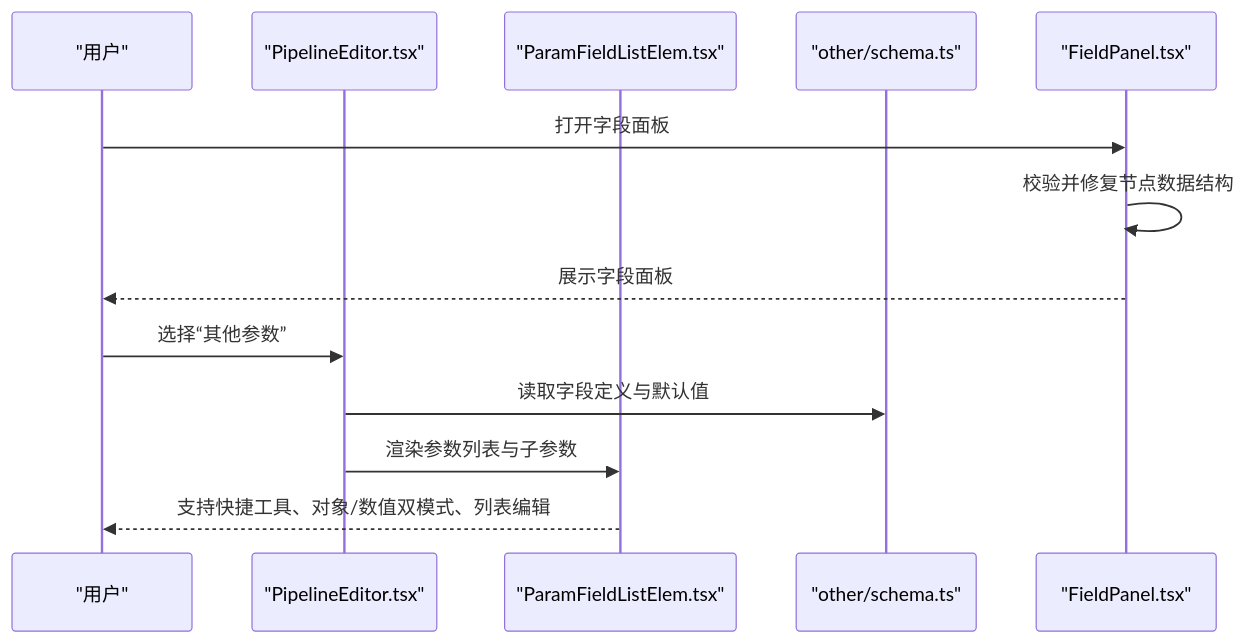
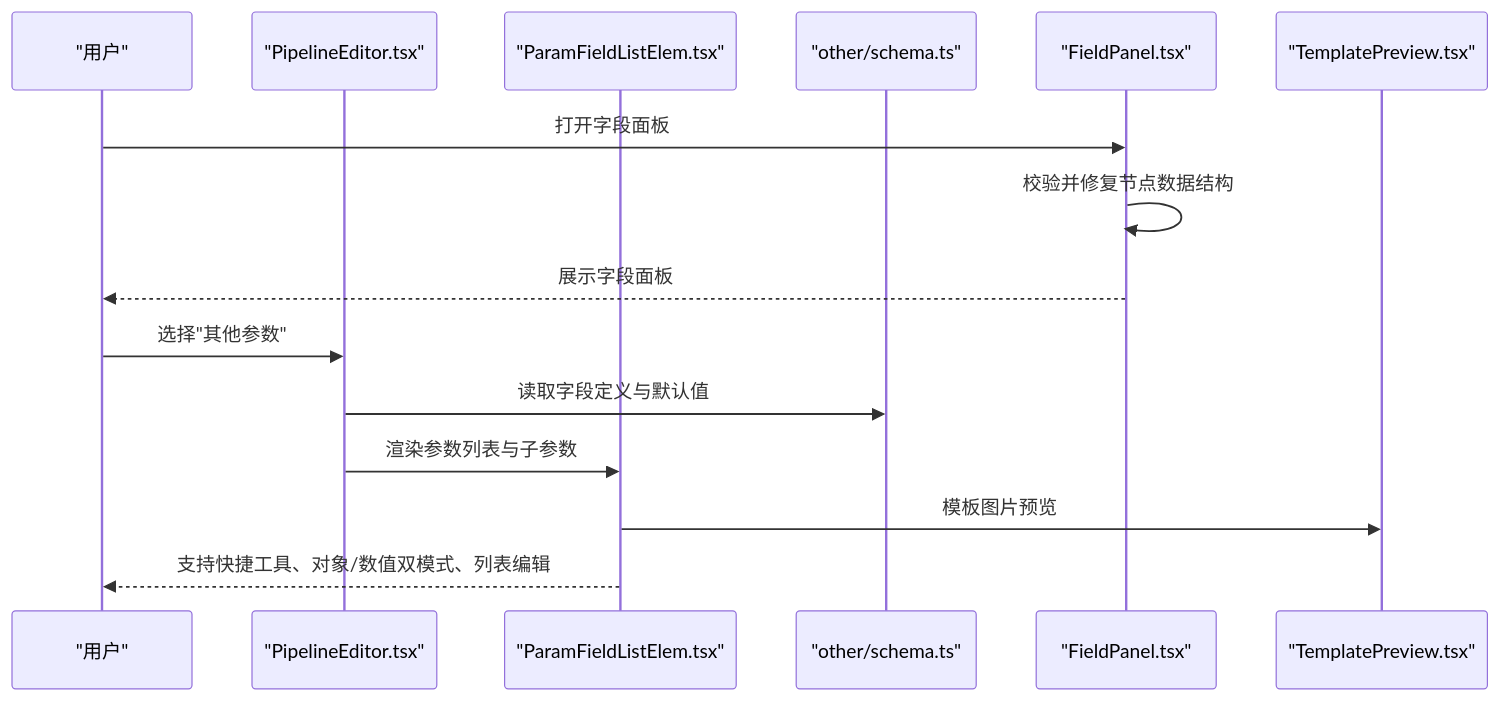
The second of 3 diagrams in .qoder/repowiki/zh/content/核心概念/字段配置系统/其他参数字段.md (kqcoxn/MaaPipelineEditor), drawn with Mermaid before and after one commit. The commit also changed other lines of this file and 31 other files, not shown here.

````diff
--- a/.qoder/repowiki/zh/content/核心概念/字段配置系统/其他参数字段.md
+++ b/.qoder/repowiki/zh/content/核心概念/字段配置系统/其他参数字段.md
@@ -104,15 +123,17 @@
 ```mermaid
 sequenceDiagram
 participant U as "用户"
 participant PE as "PipelineEditor.tsx"
 participant PF as "ParamFieldListElem.tsx"
 participant OF as "other/schema.ts"
 participant TP as "FieldPanel.tsx"
+participant TM as "TemplatePreview.tsx"
 U->>TP : 打开字段面板
 TP->>TP : 校验并修复节点数据结构
 TP-->>U : 展示字段面板
-U->>PE : 选择“其他参数”
+U->>PE : 选择"其他参数"
 PE->>OF : 读取字段定义与默认值
 PE->>PF : 渲染参数列表与子参数
+PF->>TM : 模板图片预览
 PF-->>U : 支持快捷工具、对象/数值双模式、列表编辑
 ```
````
